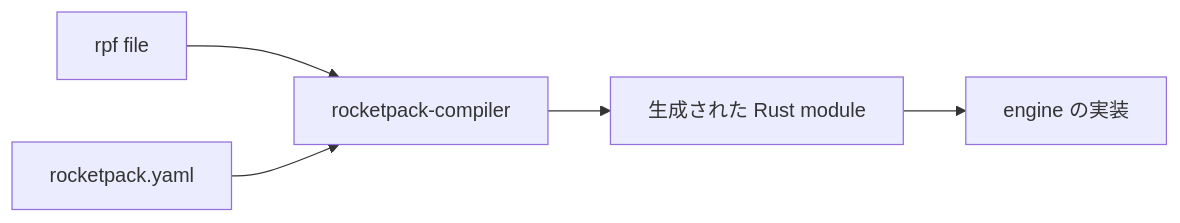
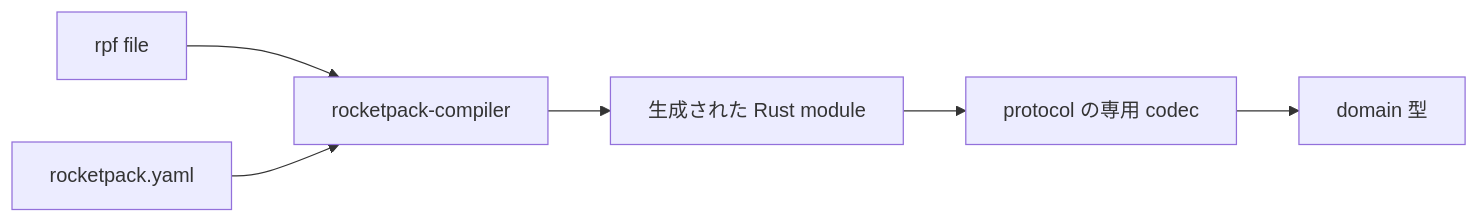
The diagram in docs/design/rocketpack.md (omnius-labs/axus), drawn with Mermaid before and after one commit. The commit also changed other lines of this file and 11 other files, not shown here.

````diff
--- a/docs/design/rocketpack.md
+++ b/docs/design/rocketpack.md
@@ -32,13 +36,15 @@
 ```mermaid
 flowchart LR
     Rpf[rpf file]
     Conf[rocketpack.yaml]
     Compiler[rocketpack-compiler]
     Generated[生成された Rust module]
-    Engine[engine の実装]
+    Codec[protocol の専用 codec]
+    Domain[domain 型]
 
     Rpf --> Compiler
     Conf --> Compiler
     Compiler --> Generated
-    Generated --> Engine
+    Generated --> Codec
+    Codec --> Domain
 ```
````
